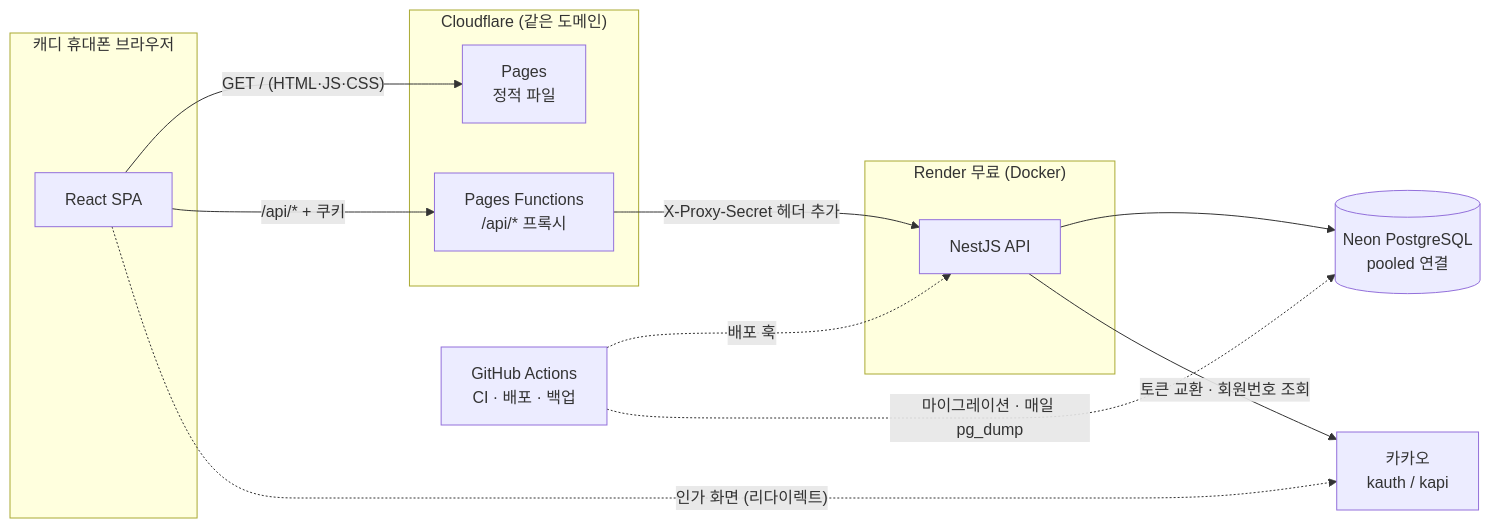
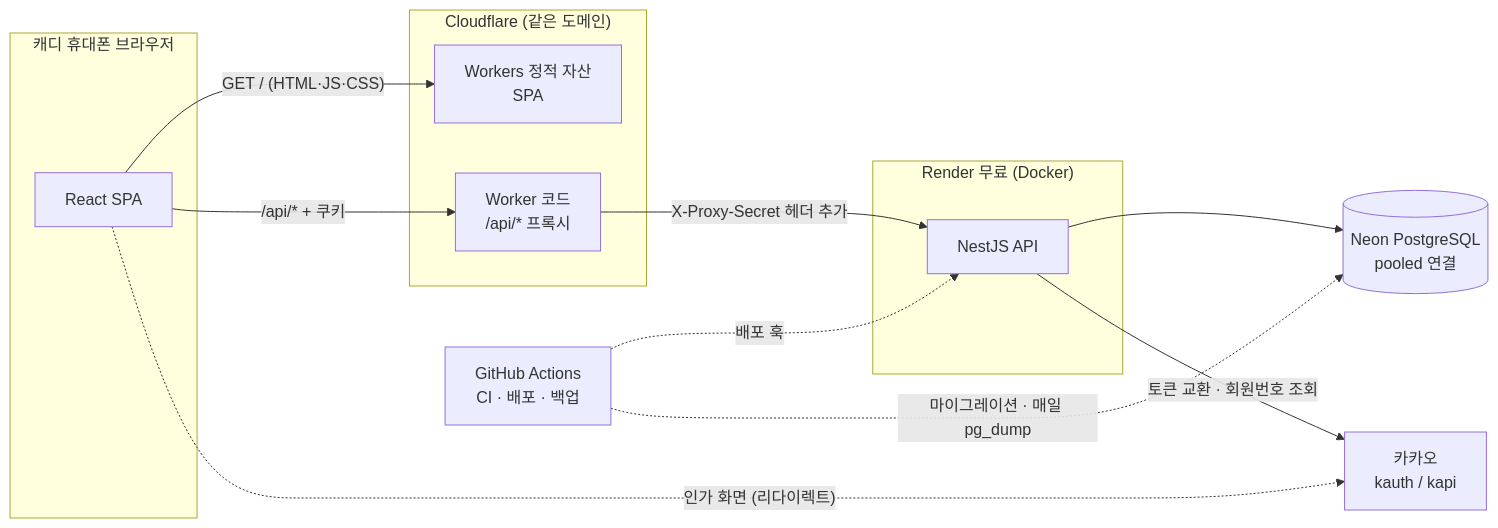
One commit to devHyeon99/caddy-haru changed the first of 7 diagrams in docs/02-design/architecture.md. Above: the diagram before and after it, drawn with Mermaid. The commit also changed other lines of this file and 19 other files, not shown here.

First line of the commit message:
feat(web): Cloudflare Pages Functions를 Workers 정적 자산 + Worker 프록시로 전환 (ADR-0002 개정)

````diff
--- a/docs/02-design/architecture.md
+++ b/docs/02-design/architecture.md
@@ -13,25 +13,25 @@
 ```mermaid
 flowchart LR
   subgraph Browser["캐디 휴대폰 브라우저"]
     SPA[React SPA]
   end
   subgraph CF["Cloudflare (같은 도메인)"]
-    PG[Pages<br/>정적 파일]
-    PF["Pages Functions<br/>/api/* 프록시"]
+    PG[Workers 정적 자산<br/>SPA]
+    PF["Worker 코드<br/>/api/* 프록시"]
   end
   subgraph Render["Render 무료 (Docker)"]
     API[NestJS API]
   end
   N[(Neon PostgreSQL<br/>pooled 연결)]
   K[카카오<br/>kauth / kapi]
   GH[GitHub Actions<br/>CI · 배포 · 백업]
 
   SPA -->|"GET / (HTML·JS·CSS)"| PG
   SPA -->|"/api/* + 쿠키"| PF
   PF -->|"X-Proxy-Secret 헤더 추가"| API
   API --> N
   API -->|"토큰 교환 · 회원번호 조회"| K
   SPA -.->|"인가 화면 (리다이렉트)"| K
   GH -.->|"마이그레이션 · 매일 pg_dump"| N
   GH -.->|"배포 훅"| API
 ```
````
